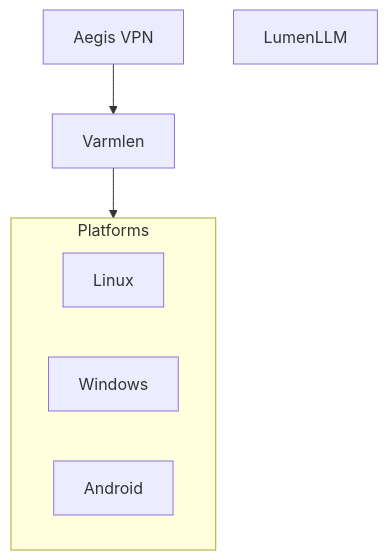
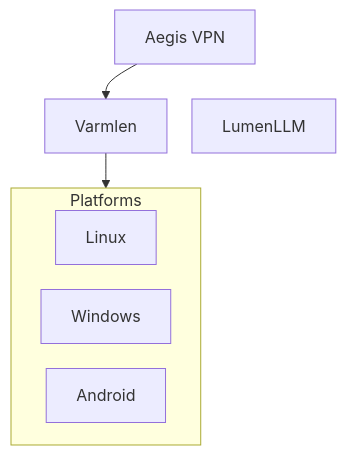
One commit to Vemloir/Vemloir changed the diagram in README.md. Above: the diagram before and after it, drawn with Mermaid.

Commit message:
Tighten Mermaid graph: horizontal platforms row, less whitespace

````diff
--- a/README.md
+++ b/README.md
@@ -1,20 +1,21 @@
 ```mermaid
+%%{init: {'flowchart': {'nodeSpacing': 25, 'rankSpacing': 35}}}%%
 graph TD;
 AegisVPN[Aegis VPN] --> Varmlen[Varmlen]
 Varmlen --> platforms
+AegisVPN ~~~ LumenLLM[LumenLLM]
 
 subgraph platforms[Platforms]
+    direction LR
     VarmlenLinux[Linux]
     VarmlenWindows[Windows]
     VarmlenAndroid[Android]
 end
-
-LumenLLM[LumenLLM]
 
 click AegisVPN "https://github.com/Vemloir/AegisVPN" "Aegis VPN — VPN subscription service"
 click Varmlen "https://github.com/Vemloir/Varmlen-Client-Linux" "Varmlen — xray-core client"
 click VarmlenLinux "https://github.com/Vemloir/Varmlen-Client-Linux" "Linux"
 click VarmlenWindows "https://github.com/Vemloir/Varmlen-Client-Windows" "Windows"
 click VarmlenAndroid "https://github.com/Vemloir/Varmlen-Client-Android" "Android"
 click LumenLLM "https://github.com/Vemloir/LumenLLM" "LumenLLM — Rust + CUDA inference engine"
 ```
````
